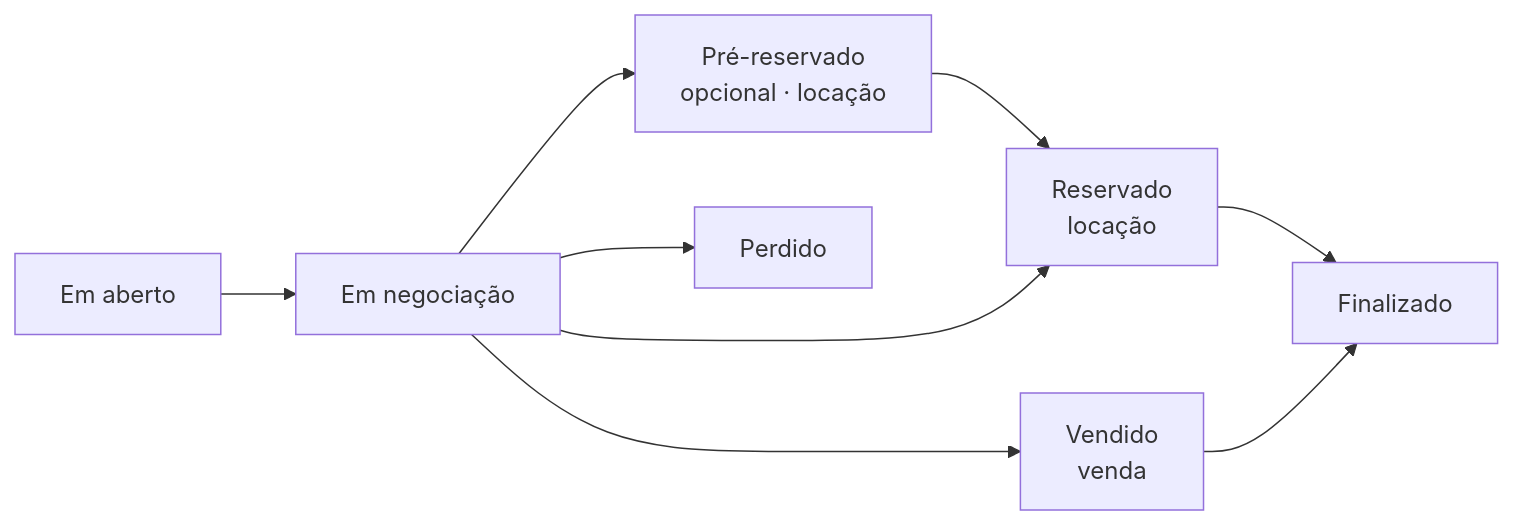
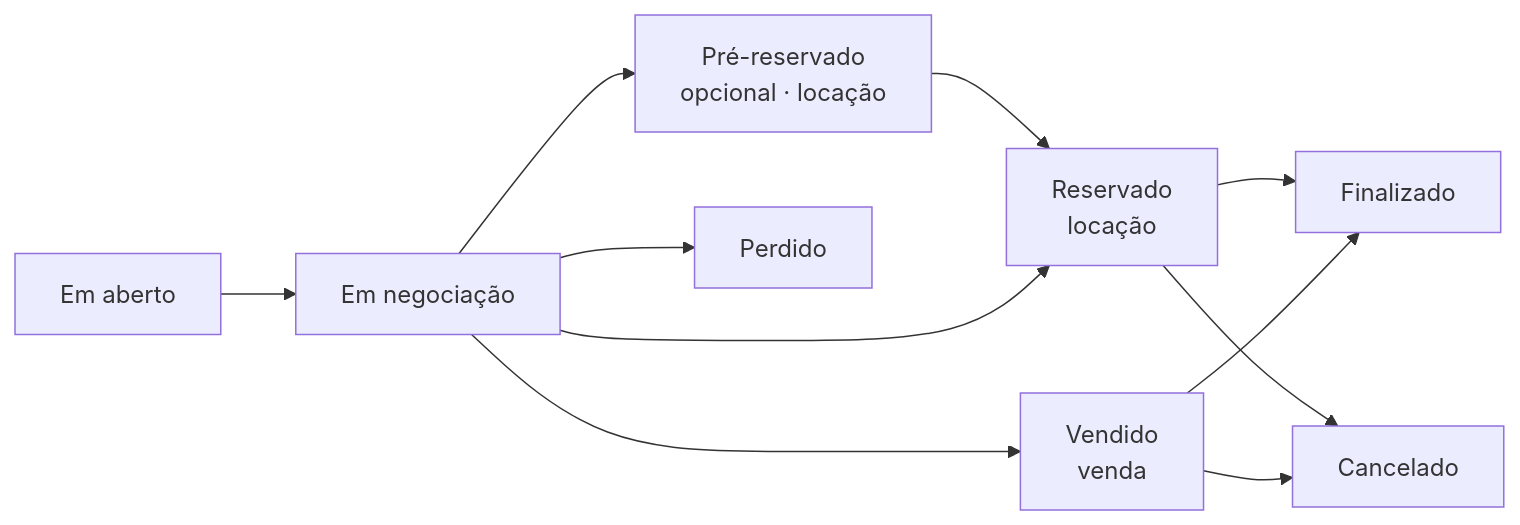
Before and after one commit to LocFlowTeam/locflow-docs: the second of 3 diagrams in conceitos/ciclo-de-um-pedido.md, drawn with Mermaid. The commit also changed other lines of this file and 18 other files, not shown here.

````diff
--- a/conceitos/ciclo-de-um-pedido.md
+++ b/conceitos/ciclo-de-um-pedido.md
@@ -48,11 +48,13 @@
 ```mermaid
 flowchart LR
     AB[Em aberto] --> NEG[Em negociação]
     NEG --> PR[Pré-reservado<br/>opcional · locação]
     PR --> RES[Reservado<br/>locação]
     NEG --> RES
     NEG --> VEN[Vendido<br/>venda]
     NEG --> PER[Perdido]
     RES --> FIN[Finalizado]
     VEN --> FIN
+    RES --> CAN[Cancelado]
+    VEN --> CAN
 ```
````
